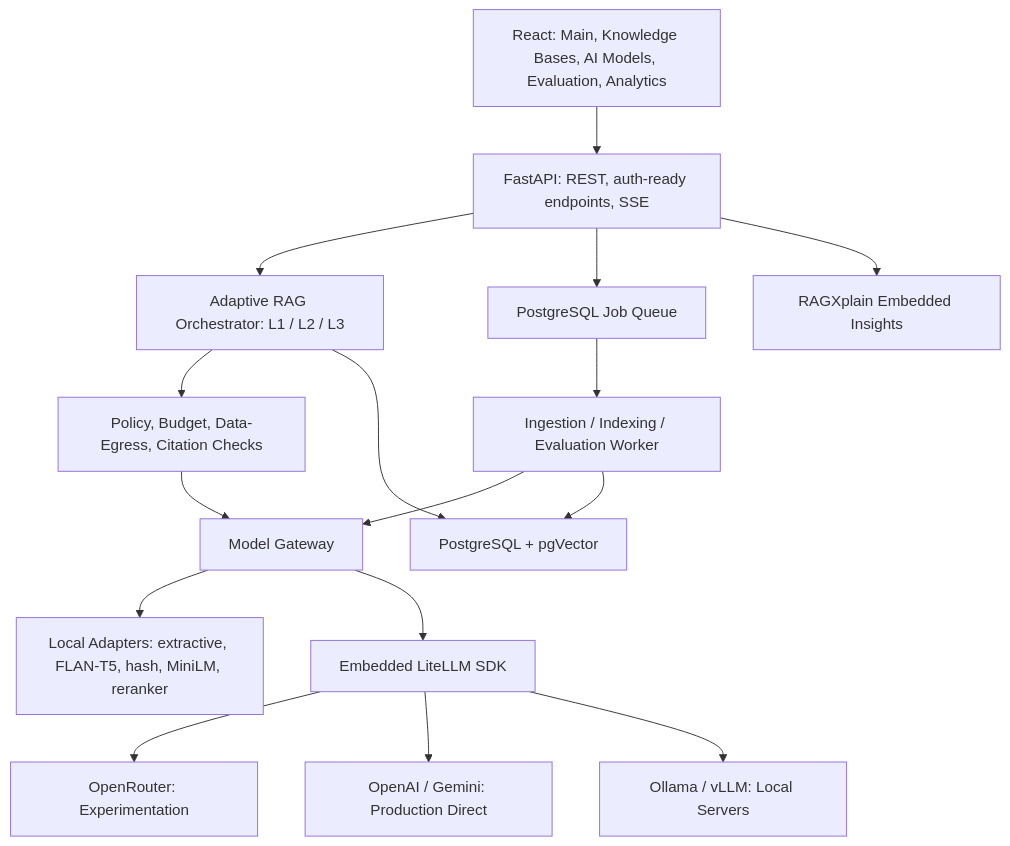
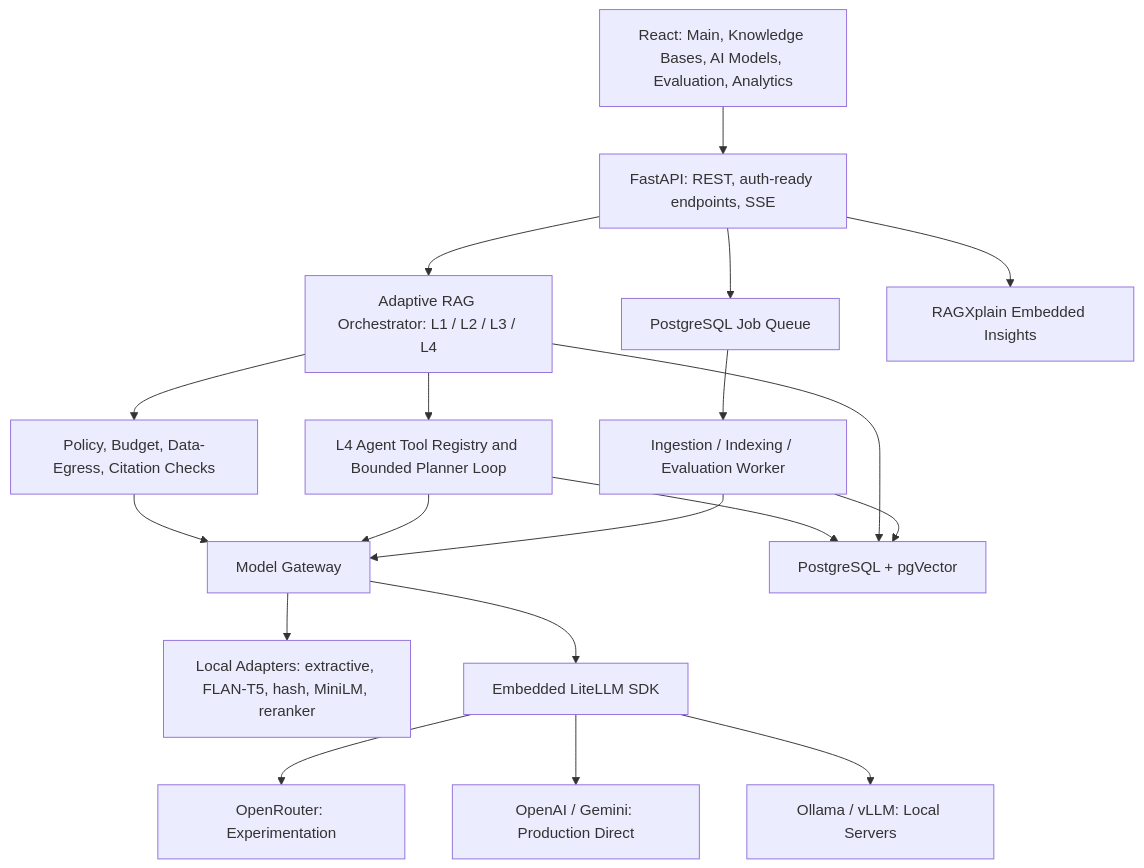
One commit to minh24mse23202/MSE changed the diagram in docs/architecture.md. Above: the diagram before and after it, drawn with Mermaid. The commit also changed other lines of this file and 43 other files, not shown here.

````diff
--- a/docs/architecture.md
+++ b/docs/architecture.md
@@ -3,30 +3,34 @@
 ```mermaid
 flowchart TB
     UI["React: Main, Knowledge Bases, AI Models, Evaluation, Analytics"]
     API["FastAPI: REST, auth-ready endpoints, SSE"]
-    RAG["Adaptive RAG Orchestrator: L1 / L2 / L3"]
+    RAG["Adaptive RAG Orchestrator: L1 / L2 / L3 / L4"]
+    AGENT["L4 Agent Tool Registry and Bounded Planner Loop"]
     POLICY["Policy, Budget, Data-Egress, Citation Checks"]
     GATEWAY["Model Gateway"]
     LOCAL["Local Adapters: extractive, FLAN-T5, hash, MiniLM, reranker"]
     LITELLM["Embedded LiteLLM SDK"]
     OR["OpenRouter: Experimentation"]
     DIRECT["OpenAI / Gemini: Production Direct"]
     SERVERS["Ollama / vLLM: Local Servers"]
     STORAGE["PostgreSQL + pgVector"]
     JOBS["PostgreSQL Job Queue"]
     WORKER["Ingestion / Indexing / Evaluation Worker"]
     RAGX["RAGXplain Embedded Insights"]
 
     UI --> API
     API --> RAG --> POLICY --> GATEWAY
+    RAG --> AGENT
+    AGENT --> STORAGE
+    AGENT --> GATEWAY
     GATEWAY --> LOCAL
     GATEWAY --> LITELLM
     LITELLM --> OR
     LITELLM --> DIRECT
     LITELLM --> SERVERS
     RAG --> STORAGE
     API --> JOBS --> WORKER
     WORKER --> GATEWAY
     WORKER --> STORAGE
     API --> RAGX
 ```
````
